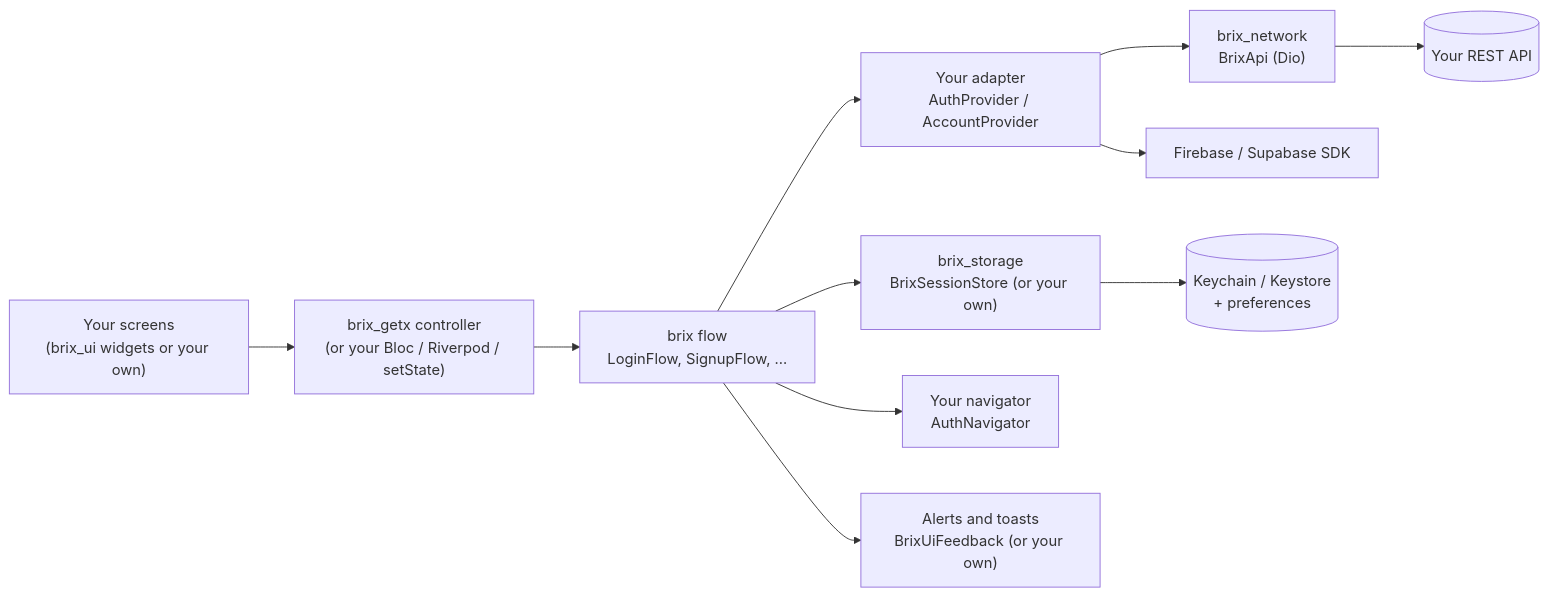
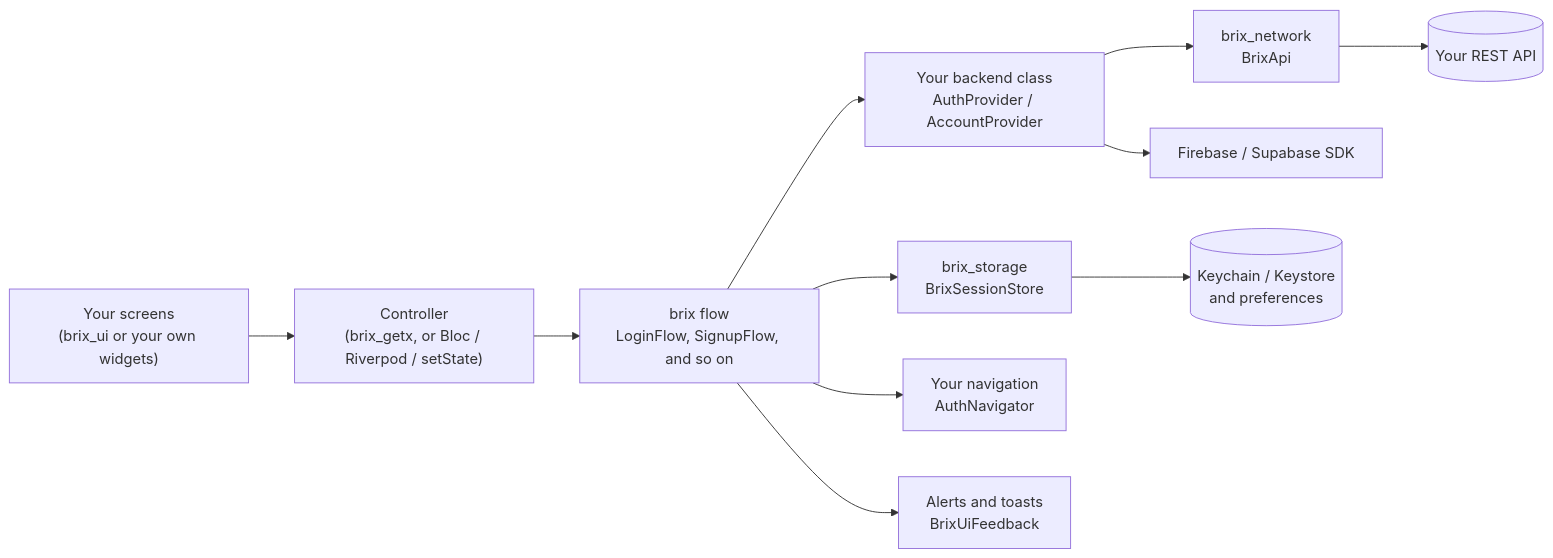
The diagram in README.md (mrubaz/brix), drawn with Mermaid before and after one commit. The commit also changed other lines of this file and 242 other files, not shown here.

````diff
--- a/README.md
+++ b/README.md
@@ -58,13 +44,13 @@
 ```mermaid
 flowchart LR
-    UI["Your screens<br/>(brix_ui widgets or your own)"] --> C["brix_getx controller<br/>(or your Bloc / Riverpod / setState)"]
-    C --> F["brix flow<br/>LoginFlow, SignupFlow, …"]
-    F --> A["Your adapter<br/>AuthProvider / AccountProvider"]
-    A --> N["brix_network<br/>BrixApi (Dio)"]
+    UI["Your screens<br/>(brix_ui or your own widgets)"] --> C["Controller<br/>(brix_getx, or Bloc / Riverpod / setState)"]
+    C --> F["brix flow<br/>LoginFlow, SignupFlow, and so on"]
+    F --> A["Your backend class<br/>AuthProvider / AccountProvider"]
+    A --> N["brix_network<br/>BrixApi"]
     A --> S["Firebase / Supabase SDK"]
     N --> B[("Your REST API")]
-    F --> ST["brix_storage<br/>BrixSessionStore (or your own)"]
-    ST --> K[("Keychain / Keystore<br/>+ preferences")]
-    F --> NAV["Your navigator<br/>AuthNavigator"]
-    F --> FB["Alerts and toasts<br/>BrixUiFeedback (or your own)"]
+    F --> ST["brix_storage<br/>BrixSessionStore"]
+    ST --> K[("Keychain / Keystore<br/>and preferences")]
+    F --> NAV["Your navigation<br/>AuthNavigator"]
+    F --> FB["Alerts and toasts<br/>BrixUiFeedback"]
 ```
````
